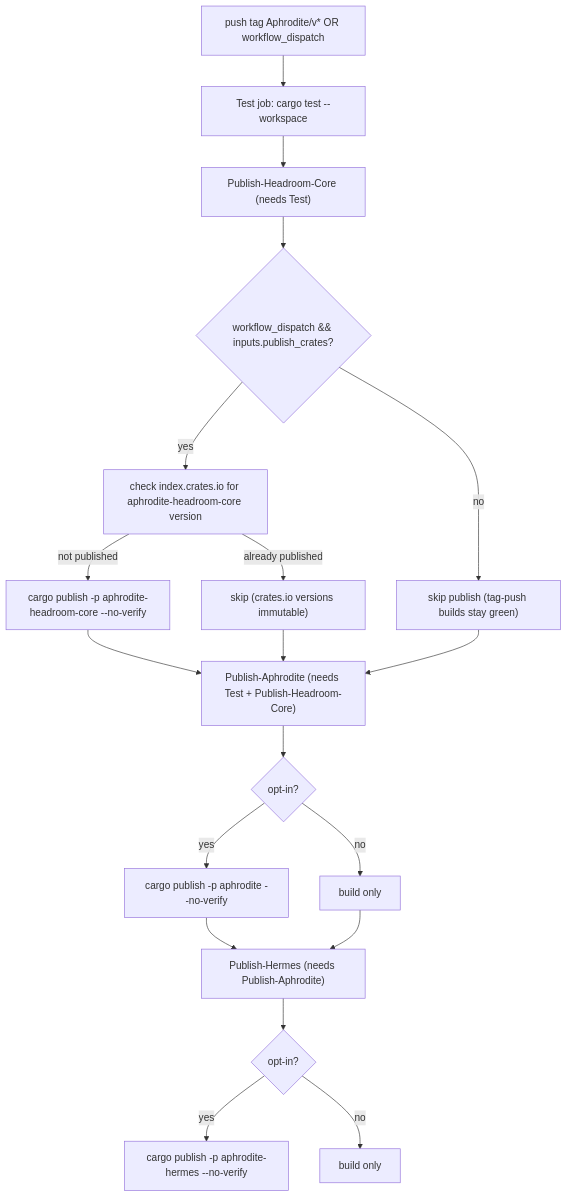
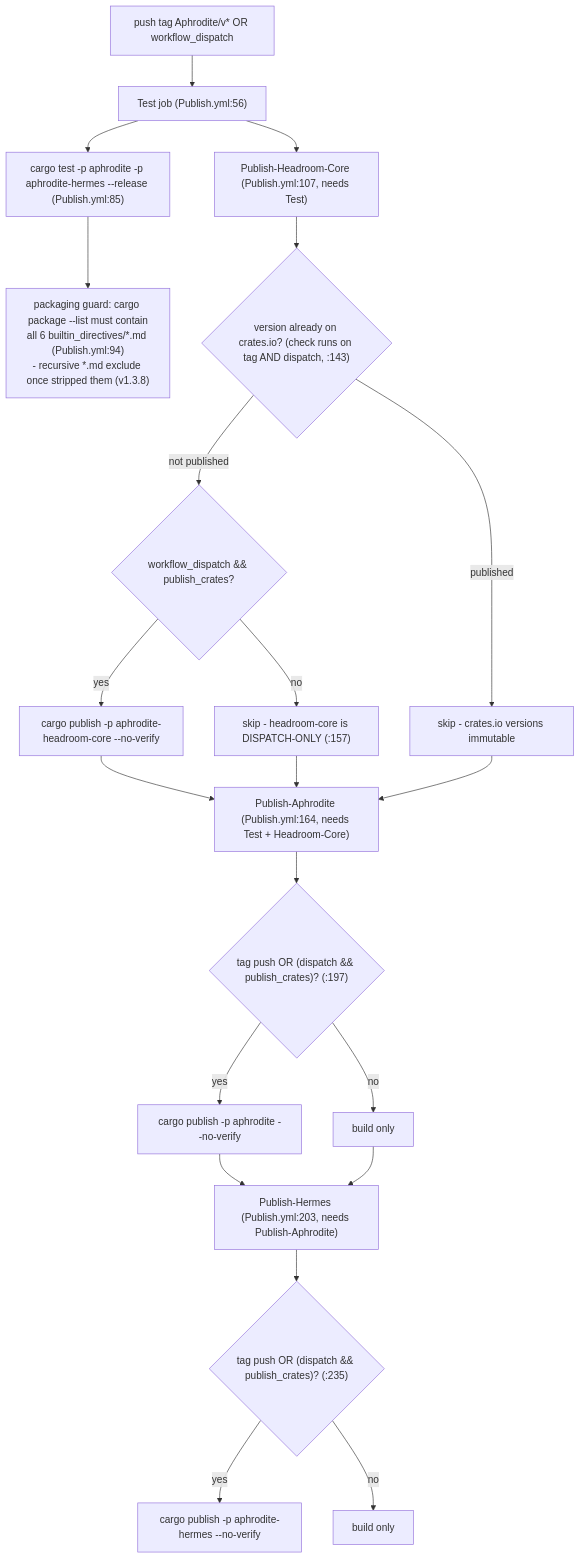
The second of 2 diagrams in .hermes/uml/09-release-ci.md (PlayForm/Aphrodite), drawn with Mermaid before and after one commit. The commit also changed other lines of this file and 20 other files, not shown here.

````diff
--- a/.hermes/uml/09-release-ci.md
+++ b/.hermes/uml/09-release-ci.md
@@ -45,23 +52,26 @@
 ```mermaid
 flowchart TD
-    TT["push tag Aphrodite/v* OR workflow_dispatch"] --> TEST["Test job: cargo test --workspace"]
-    TEST --> PHC["Publish-Headroom-Core (needs Test)"]
-    PHC --> C1{"workflow_dispatch && inputs.publish_crates?"}
-    C1 -->|no| SKIP1["skip publish (tag-push builds stay green)"]
-    C1 -->|yes| CK1["check index.crates.io for aphrodite-headroom-core version"]
-    CK1 -->|already published| SKIP2["skip (crates.io versions immutable)"]
-    CK1 -->|not published| PUB1["cargo publish -p aphrodite-headroom-core --no-verify"]
+    TT["push tag Aphrodite/v* OR workflow_dispatch"] --> TEST["Test job (Publish.yml:56)"]
+    TEST --> T1["cargo test -p aphrodite -p aphrodite-hermes --release (Publish.yml:85)"]
+    T1 --> T2["packaging guard: cargo package --list must contain<br/>all 6 builtin_directives/*.md (Publish.yml:94)<br/>- recursive *.md exclude once stripped them (v1.3.8)"]
 
-    PUB1 --> PA["Publish-Aphrodite (needs Test + Publish-Headroom-Core)"]
+    TEST --> PHC["Publish-Headroom-Core (Publish.yml:107, needs Test)"]
+    PHC --> C0{"version already on crates.io? (check runs on tag AND dispatch, :143)"}
+    C0 -->|published| SKIP1["skip - crates.io versions immutable"]
+    C0 -->|not published| C1{"workflow_dispatch && publish_crates?"}
+    C1 -->|no| SKIP2["skip - headroom-core is DISPATCH-ONLY (:157)"]
+    C1 -->|yes| PUB1["cargo publish -p aphrodite-headroom-core --no-verify"]
+
+    PUB1 --> PA["Publish-Aphrodite (Publish.yml:164, needs Test + Headroom-Core)"]
     SKIP2 --> PA
     SKIP1 --> PA
-    PA --> C2{"opt-in?"}
+    PA --> C2{"tag push OR (dispatch && publish_crates)? (:197)"}
     C2 -->|yes| PUB2["cargo publish -p aphrodite --no-verify"]
     C2 -->|no| SKIP3["build only"]
 
-    PUB2 --> PHh["Publish-Hermes (needs Publish-Aphrodite)"]
+    PUB2 --> PHh["Publish-Hermes (Publish.yml:203, needs Publish-Aphrodite)"]
     SKIP3 --> PHh
-    PHh --> C3{"opt-in?"}
+    PHh --> C3{"tag push OR (dispatch && publish_crates)? (:235)"}
     C3 -->|yes| PUB3["cargo publish -p aphrodite-hermes --no-verify"]
     C3 -->|no| SKIP4["build only"]
 ```
````
